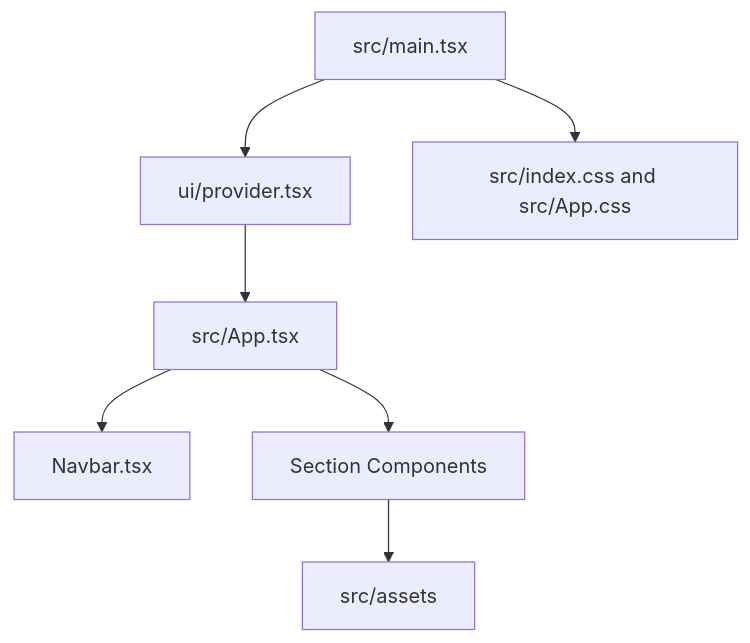
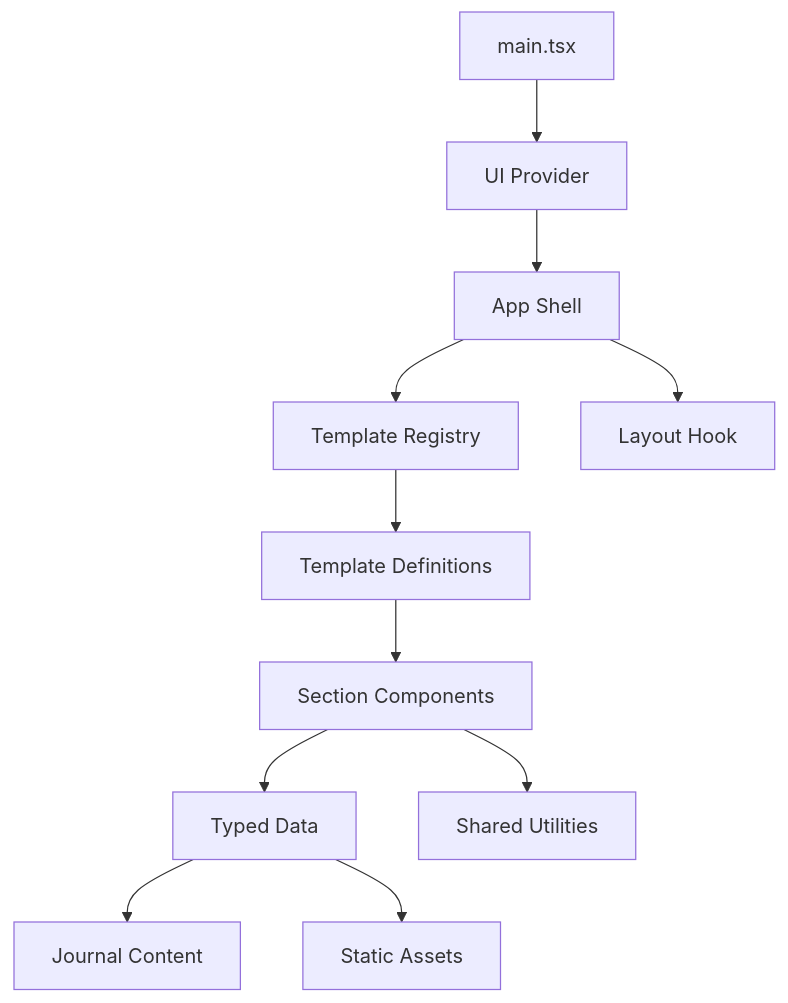
One commit to nhamhung/nhamhung.github.io changed the diagram in aidlc-docs/inception/reverse-engineering/dependencies.md. Above: the diagram before and after it, drawn with Mermaid. The commit also changed other lines of this file and 119 other files, not shown here.

````diff
--- a/aidlc-docs/inception/reverse-engineering/dependencies.md
+++ b/aidlc-docs/inception/reverse-engineering/dependencies.md
@@ -5,17 +5,25 @@
 ```mermaid
 flowchart TD
-    Main["src/main.tsx"]
-    Provider["ui/provider.tsx"]
-    App["src/App.tsx"]
-    Navbar["Navbar.tsx"]
-    Sections["Section Components"]
-    Assets["src/assets"]
-    Styles["src/index.css and src/App.css"]
+    Main["main.tsx"]
+    Provider["UI Provider"]
+    App["App Shell"]
+    Registry["Template Registry"]
+    Templates["Template Definitions"]
+    Components["Section Components"]
+    Hooks["Layout Hook"]
+    Data["Typed Data"]
+    Utils["Shared Utilities"]
+    Content["Journal Content"]
+    Assets["Static Assets"]
 
     Main --> Provider
     Provider --> App
-    App --> Navbar
-    App --> Sections
-    Sections --> Assets
-    Main --> Styles
+    App --> Registry
+    App --> Hooks
+    Registry --> Templates
+    Templates --> Components
+    Components --> Data
+    Components --> Utils
+    Data --> Content
+    Data --> Assets
 ```
````
